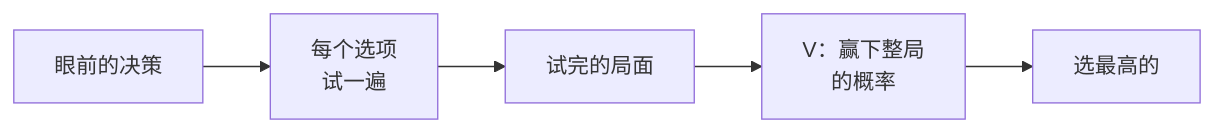
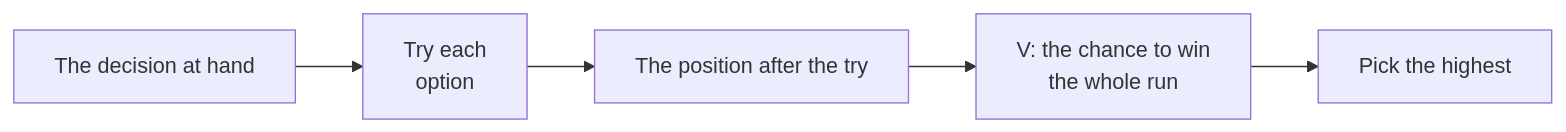
One commit to shinnku-nikaidou/spire-zero changed the diagram in docs/src/content/docs/idea.mdx. Above: the diagram before and after it, drawn with Mermaid. The commit also changed other lines of this file and 83 other files, not shown here.

````diff
--- a/docs/src/content/docs/idea.mdx
+++ b/docs/src/content/docs/idea.mdx
@@ -8,7 +8,7 @@
 ```mermaid
 flowchart LR
-  D["眼前的决策"] --> T["每个选项<br/>试一遍"]
-  T --> S["试完的局面"]
-  S --> V["V：赢下整局<br/>的概率"]
-  V --> B["选最高的"]
+  D["The decision at hand"] --> T["Try each<br/>option"]
+  T --> S["The position after the try"]
+  S --> V["V: the chance to win<br/>the whole run"]
+  V --> B["Pick the highest"]
 ```
````
